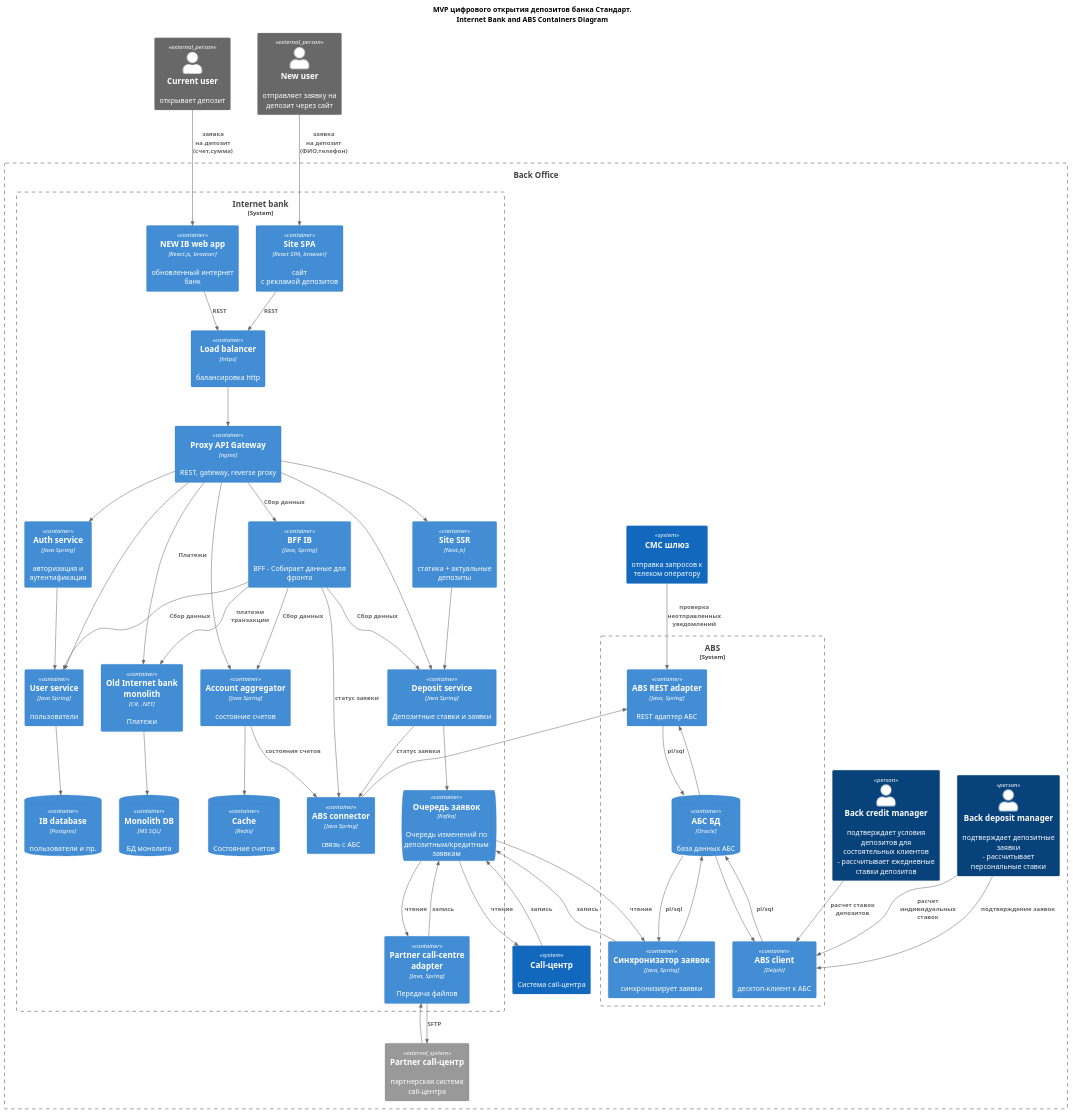
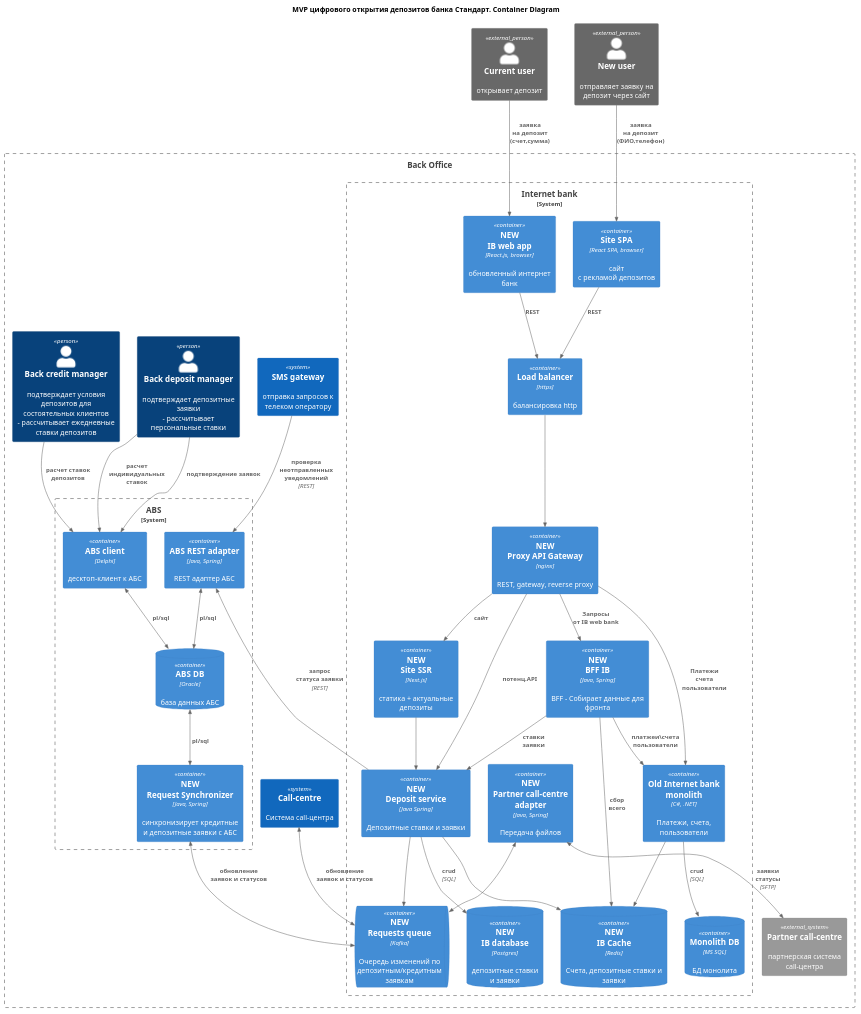
The diagram in Task_3/C4.2_containers_deposit.puml (andreevcode/03_arch-pro-standart), drawn with PlantUML before and after one commit. The commit also changed 15 other files, not shown here.

```diff
--- a/Task_3/C4.2_containers_deposit.puml
+++ b/Task_3/C4.2_containers_deposit.puml
@@ -1,119 +1,102 @@
 @startuml
-title "MVP цифрового открытия депозитов банка Стандарт.\nInternet Bank and ABS Containers Diagram"
+title "MVP цифрового открытия депозитов банка Стандарт. Container Diagram"
 
 top to bottom direction
 
 !include https://raw.githubusercontent.com/plantuml-stdlib/C4-PlantUML/master/C4_Container.puml
 
 Person_Ext(current_user, "Current user", "открывает депозит")
 Person_Ext(new_user, "New user", "отправляет заявку на депозит через сайт")
 
+
 Boundary(back_office, "Back Office", "") {
-    System_Ext(partner_call_centre, "Partner call-центр", "партнерская система call-центра")
-    System(sms_gateway, "СМС шлюз", "отправка запросов к телеком оператору")
-    System(call_centre, "Call-центр", "Cистема call-центра")
+    System_Ext(partner_call_centre, "Partner call-centre", "партнерская система call-центра")
+    System(sms_gateway, "SMS gateway", "отправка запросов к телеком оператору")
+    System(call_centre, "Call-centre", "Cистема call-центра")
 
     Person(back_deposit_manager, "Back deposit manager", "подтверждает депозитные заявки\n- рассчитывает персональные ставки")
     Person(back_credit_manager, "Back credit manager", "подтверждает условия депозитов для состоятельных клиентов\n- рассчитывает ежедневные ставки депозитов")
 
     Boundary(internet_bank, "Internet bank", "System") {
         Container(lb, "Load balancer", "https", "балансировка http")
-        Container(proxy_api, "Proxy API Gateway", "nginx", "REST, gateway, reverse proxy")
-        Container(auth_service, "Auth service", Java Spring, "авторизация и аутентификация")
-        Container(user_service, "User service", Java Spring, "пользователи")
-        Container(account_aggregator, "Account aggregator", Java Spring, "состояние счетов")
-        Container(abs_connector, "ABS connector", "Java Spring", "связь с АБС")
+        Container(proxy_api, "NEW\nProxy API Gateway", "nginx", "REST, gateway, reverse proxy")
 
-
-        Container(front_ib, "NEW IB web app", "React.js, browser", "обновленный интернет банк")
+        Container(front_ib, "NEW\nIB web app", "React.js, browser", "обновленный интернет банк")
         Container(front_site, "Site SPA", "React SPA, browser", "сайт\nс рекламой депозитов")
 
-        Container(bff_ib, "BFF IB", "Java, Spring", "BFF - Собирает данные для фронта")
-        Container(site, "Site SSR", "Next.js", "статика + актуальные депозиты")
+        Container(bff_ib, "NEW\nBFF IB", "Java, Spring", "BFF - Собирает данные для фронта")
+        Container(site, "NEW\nSite SSR", "Next.js", "статика + актуальные депозиты")
 
-        Container(deposit_service, "Deposit service", Java Spring, "Депозитные ставки и заявки")
+        Container(deposit_service, "NEW\nDeposit service", Java Spring, "Депозитные ставки и заявки")
 
-        Container(monolith, "Old Internet bank monolith", "C#, .NET", "Платежи")
+        Container(monolith, "Old Internet bank monolith", "C#, .NET", "Платежи, счета, пользователи")
 
-        ContainerDb(ic_db, "IB database", "Postgres", "пользователи и пр.")
+        ContainerDb(ib_db, "NEW\nIB database", "Postgres", "депозитные ставки\nи заявки")
         ContainerDb(monolith_db, "Monolith DB", "MS SQL", "БД монолита")
-        ContainerDb(ib_cache, "Cache", "Redis", "Состояние счетов")
+        ContainerDb(ib_cache, "NEW\nIB Cache", "Redis", "Cчета, депозитные ставки и заявки")
 
-        ContainerQueue(requests_queue, "Очередь заявок", Kafka, "Очередь изменений по депозитным/кредитным заявкам ")
-        Container(partner_call_adapter, "Partner call-centre adapter", "Java, Spring", "Передача файлов")
+        ContainerQueue(requests_queue, "NEW\nRequests queue", Kafka, "Очередь изменений по депозитным/кредитным заявкам ")
+        Container(partner_call_adapter, "NEW\nPartner call-centre adapter", "Java, Spring", "Передача файлов")
     }
 
     Boundary(abs, "ABS", "System") {
          Container(abs_adapter, "ABS REST adapter", "Java, Spring", "REST адаптер АБС")
          Container(abs_client, "ABS client", Delphi, "десктоп-клиент к АБС")
-         ContainerDb(abs_db, "АБС БД", Oracle, "база данных АБС")
-         Container(request_synchronizer, "Синхронизатор заявок", "Java, Spring", "синхронизирует заявки")
+         ContainerDb(abs_db, "ABS DB", Oracle, "база данных АБС")
+         Container(abs_request_synchronizer, "NEW\nRequest Synchronizer", "Java, Spring", "синхронизирует кредитные и депозитные заявки с АБС")
     }
 }
 
 
-Rel(proxy_api, site," ")
+Rel(proxy_api, site,"сайт")
 Rel(site, deposit_service," ")
 
 
 Rel(lb, proxy_api," ")
-Rel(proxy_api, user_service, " ")
-Rel(proxy_api, account_aggregator, " ")
-Rel(proxy_api, deposit_service, " ")
-Rel(proxy_api, monolith, "Платежи ")
+Rel(proxy_api, deposit_service, "потенц.API")
+Rel(proxy_api, monolith, "Платежи\nсчета\nпользователи ")
 Rel(deposit_service, requests_queue, " ")
-Rel(proxy_api, bff_ib, "Сбор данных")
-Rel(account_aggregator, ib_cache, " ")
+Rel(proxy_api, bff_ib, "Запросы\nот IB web bank")
+Rel(bff_ib, ib_cache, "сбор\nвсего")
+Rel(monolith, ib_cache, " ")
+Rel(deposit_service, ib_cache, " ")
+
 
 Rel(front_ib, lb, "REST")
 Rel(front_site, lb, "REST")
 Rel(new_user, front_site,"заявка\nна депозит (ФИО,телефон)")
 
-Rel(bff_ib, account_aggregator, "Сбор данных")
-Rel(bff_ib, deposit_service, "Сбор данных")
-Rel(bff_ib, user_service, "Сбор данных")
-Rel(bff_ib, abs_connector, "статус заявки")
-Rel(bff_ib, monolith, "платежи\nтранзакции")
+Rel(bff_ib, deposit_service, "ставки\nзаявки")
+Rel(bff_ib, monolith, "платжеи\счета\nпользователи")
 
-Rel(auth_service, user_service, " ")
-
-Rel(user_service, ic_db, " ")
-Rel(monolith, monolith_db, " ")
+Rel(deposit_service, ib_db, "crud", "SQL")
+Rel(monolith, monolith_db, "crud", "SQL")
 
 Rel(current_user, front_ib, "заявка\nна депозит (счет,сумма)")
 
-Rel(proxy_api, auth_service," ")
-Rel(abs_client, abs_db," pl/sql ")
-Rel(abs_db, abs_client, " ")
+BiRel(abs_client, abs_db," pl/sql")
+Rel(deposit_service, abs_adapter, "запрос\nстатуса заявки","REST")
 
-Rel(account_aggregator, abs_connector, "состояния счетов")
-Rel(deposit_service, abs_connector, "статус заявки")
-
-Rel(abs_connector, abs_adapter, " ")
-
-Rel(abs_adapter, abs_db, " pl/sql ")
-Rel(abs_db, abs_adapter, " ")
+BiRel(abs_adapter, abs_db, "pl/sql")
 
 Rel(back_credit_manager, abs_client,"расчет ставок депозитов")
 Rel(back_deposit_manager, abs_client,"подтверждение заявок")
 Rel(back_deposit_manager, abs_client,"расчет индивидуальных ставок")
-Rel(sms_gateway, abs_adapter,"проверка неотправленных уведомлений")
+Rel(sms_gateway, abs_adapter,"проверка неотправленных уведомлений", "REST")
 
-Rel(requests_queue, call_centre,"чтение")
-Rel(call_centre, requests_queue,"запись")
+BiRel(call_centre, requests_queue,"обновление\nзаявок и статусов")
 
-Rel(requests_queue, partner_call_adapter,"чтение")
-Rel(partner_call_adapter, requests_queue,"запись")
+BiRel(partner_call_adapter, requests_queue," ")
 
-Rel(partner_call_adapter, partner_call_centre,"SFTP")
-Rel(partner_call_centre, partner_call_adapter," ")
+BiRel(partner_call_adapter, partner_call_centre,"\nзаявки\nстатусы", SFTP)
 
-Rel(request_synchronizer, requests_queue,"запись")
-Rel(requests_queue, request_synchronizer,"чтение")
-Rel(request_synchronizer, abs_db, " ")
-Rel(abs_db, request_synchronizer, " pl/sql ")
+BiRel(abs_request_synchronizer, requests_queue,"обновление\nзаявок и статусов")
+BiRel(abs_db, abs_request_synchronizer, " pl/sql ")
 
-Lay_D(request_synchronizer, requests_queue)
+Lay_D(abs_request_synchronizer, requests_queue)
+Lay_U(requests_queue, call_centre)
+Lay_U(deposit_service, abs_adapter)
+
 
 
 @enduml
```
